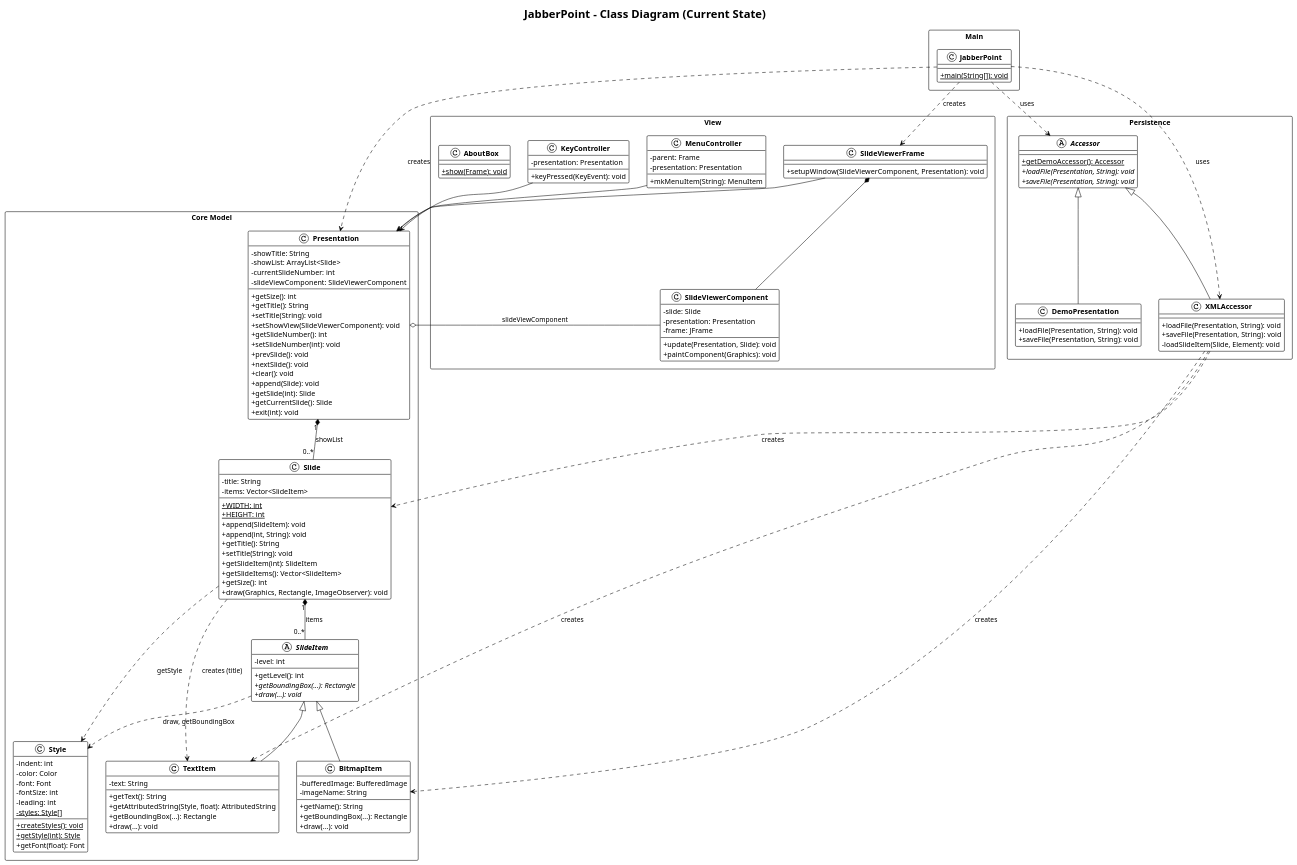
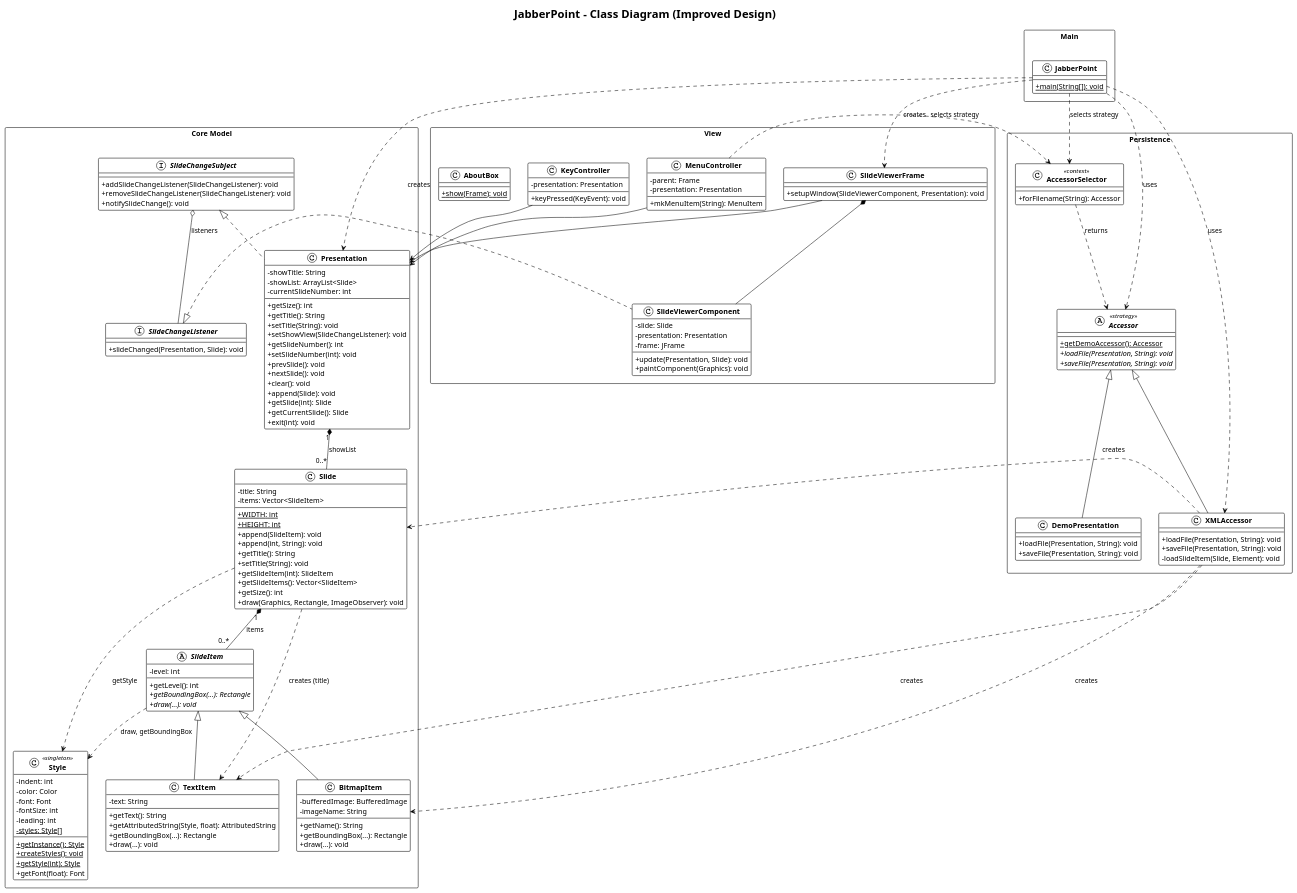
Before and after one commit to osi-akhigbe/JabberPoint: the diagram in Jabberpoint-IT/docs/Jabberpoint-ClassDiagram.puml, drawn with PlantUML. The commit also changed 5 other files, not shown here.

```diff
--- a/Jabberpoint-IT/docs/Jabberpoint-ClassDiagram.puml
+++ b/Jabberpoint-IT/docs/Jabberpoint-ClassDiagram.puml
@@ -1,173 +1,192 @@
 @startuml JabberPoint Class Diagram
 !theme plain
 skinparam classAttributeIconSize 0
 skinparam classFontStyle bold
 skinparam packageStyle rectangle
 
-title JabberPoint - Class Diagram (Current State)
+title JabberPoint - Class Diagram (Improved Design)
 
 package "Core Model" {
+    interface SlideChangeListener {
+        + slideChanged(Presentation, Slide): void
+    }
+
+    interface SlideChangeSubject {
+        + addSlideChangeListener(SlideChangeListener): void
+        + removeSlideChangeListener(SlideChangeListener): void
+        + notifySlideChange(): void
+    }
+
     class Presentation {
         - showTitle: String
         - showList: ArrayList<Slide>
         - currentSlideNumber: int
-        - slideViewComponent: SlideViewerComponent
         --
         + getSize(): int
         + getTitle(): String
         + setTitle(String): void
-        + setShowView(SlideViewerComponent): void
+        + setShowView(SlideChangeListener): void
         + getSlideNumber(): int
         + setSlideNumber(int): void
         + prevSlide(): void
         + nextSlide(): void
         + clear(): void
         + append(Slide): void
         + getSlide(int): Slide
         + getCurrentSlide(): Slide
         + exit(int): void
     }
 
     class Slide {
         - title: String
         - items: Vector<SlideItem>
         --
         + {static} WIDTH: int
         + {static} HEIGHT: int
         + append(SlideItem): void
         + append(int, String): void
         + getTitle(): String
         + setTitle(String): void
         + getSlideItem(int): SlideItem
         + getSlideItems(): Vector<SlideItem>
         + getSize(): int
         + draw(Graphics, Rectangle, ImageObserver): void
     }
 
     abstract class SlideItem {
         - level: int
         --
         + getLevel(): int
         + {abstract} getBoundingBox(...): Rectangle
         + {abstract} draw(...): void
     }
 
     class TextItem {
         - text: String
         --
         + getText(): String
         + getAttributedString(Style, float): AttributedString
         + getBoundingBox(...): Rectangle
         + draw(...): void
     }
 
     class BitmapItem {
         - bufferedImage: BufferedImage
         - imageName: String
         --
         + getName(): String
         + getBoundingBox(...): Rectangle
         + draw(...): void
     }
 
-    class Style {
+    class Style <<singleton>> {
         - indent: int
         - color: Color
         - font: Font
         - fontSize: int
         - leading: int
         - {static} styles: Style[]
         --
+        + {static} getInstance(): Style
         + {static} createStyles(): void
         + {static} getStyle(int): Style
         + getFont(float): Font
     }
 }
 
 package "Persistence" {
-    abstract class Accessor {
+    abstract class Accessor <<strategy>> {
         + {static} getDemoAccessor(): Accessor
         + {abstract} loadFile(Presentation, String): void
         + {abstract} saveFile(Presentation, String): void
     }
 
     class XMLAccessor {
         + loadFile(Presentation, String): void
         + saveFile(Presentation, String): void
         - loadSlideItem(Slide, Element): void
     }
 
     class DemoPresentation {
         + loadFile(Presentation, String): void
         + saveFile(Presentation, String): void
+    }
+
+    class AccessorSelector <<context>> {
+        + forFilename(String): Accessor
     }
 }
 
 package "View" {
     class SlideViewerFrame {
         + setupWindow(SlideViewerComponent, Presentation): void
     }
 
     class SlideViewerComponent {
         - slide: Slide
         - presentation: Presentation
         - frame: JFrame
         --
         + update(Presentation, Slide): void
         + paintComponent(Graphics): void
     }
 
     class KeyController {
         - presentation: Presentation
         --
         + keyPressed(KeyEvent): void
     }
 
     class MenuController {
         - parent: Frame
         - presentation: Presentation
         --
         + mkMenuItem(String): MenuItem
     }
 
     class AboutBox {
         + {static} show(Frame): void
     }
 }
 
 package "Main" {
     class JabberPoint {
         + {static} main(String[]): void
     }
 }
 
 ' Relationships - Composition
 Presentation "1" *-- "0..*" Slide : showList
 Slide "1" *-- "0..*" SlideItem : items
 
 ' Relationships - Inheritance
 SlideItem <|-- TextItem
 SlideItem <|-- BitmapItem
 Accessor <|-- XMLAccessor
 Accessor <|-- DemoPresentation
+SlideChangeSubject <|.. Presentation
+SlideChangeListener <|.. SlideViewerComponent
 
 ' Relationships - Association
-Presentation o-- SlideViewerComponent : slideViewComponent
+SlideChangeSubject o-- SlideChangeListener : listeners
 SlideViewerFrame *-- SlideViewerComponent
 SlideViewerFrame --> Presentation
 KeyController --> Presentation
 MenuController --> Presentation
 
 ' Relationships - Dependency
 Slide ..> Style : getStyle
 SlideItem ..> Style : draw, getBoundingBox
 JabberPoint ..> Presentation : creates
 JabberPoint ..> SlideViewerFrame : creates
 JabberPoint ..> Accessor : uses
 JabberPoint ..> XMLAccessor : uses
+JabberPoint ..> AccessorSelector : selects strategy
+MenuController ..> AccessorSelector : selects strategy
+AccessorSelector ..> Accessor : returns
 XMLAccessor ..> Slide : creates
 XMLAccessor ..> TextItem : creates
 XMLAccessor ..> BitmapItem : creates
 Slide ..> TextItem : creates (title)
 
 @enduml
```
